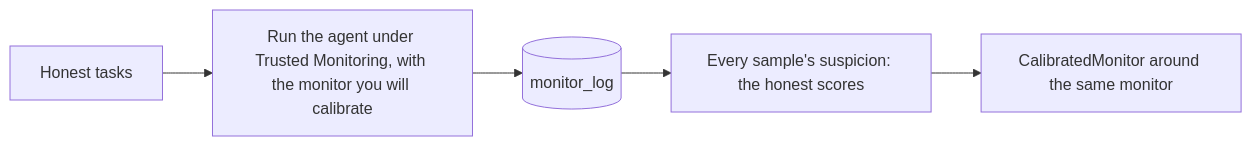
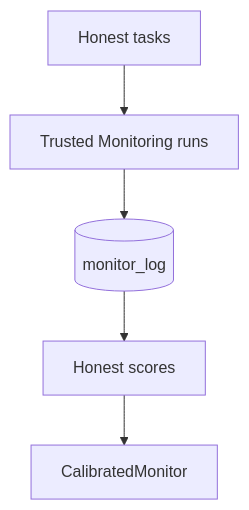
One commit to omamori-lab/langchain-sync-monitors changed the second of 3 diagrams in docs/how-to/combine-and-calibrate-monitors.md. Above: the diagram before and after it, drawn with Mermaid. The commit also changed other lines of this file and 4 other files, not shown here.

First line of the commit message:
Tighten the monitor guides' wording and diagrams

````diff
--- a/docs/how-to/combine-and-calibrate-monitors.md
+++ b/docs/how-to/combine-and-calibrate-monitors.md
@@ -111,7 +111,7 @@
 ```mermaid
-flowchart LR
-    tasks["Honest tasks"] --> run["Run the agent under Trusted Monitoring, with the monitor you will calibrate"]
+flowchart TD
+    tasks["Honest tasks"] --> run["Trusted Monitoring runs"]
     run --> log[("monitor_log")]
-    log --> scores["Every sample's suspicion: the honest scores"]
-    scores --> calibrate["CalibratedMonitor around the same monitor"]
+    log --> scores["Honest scores"]
+    scores --> calibrate["CalibratedMonitor"]
 ```
````
